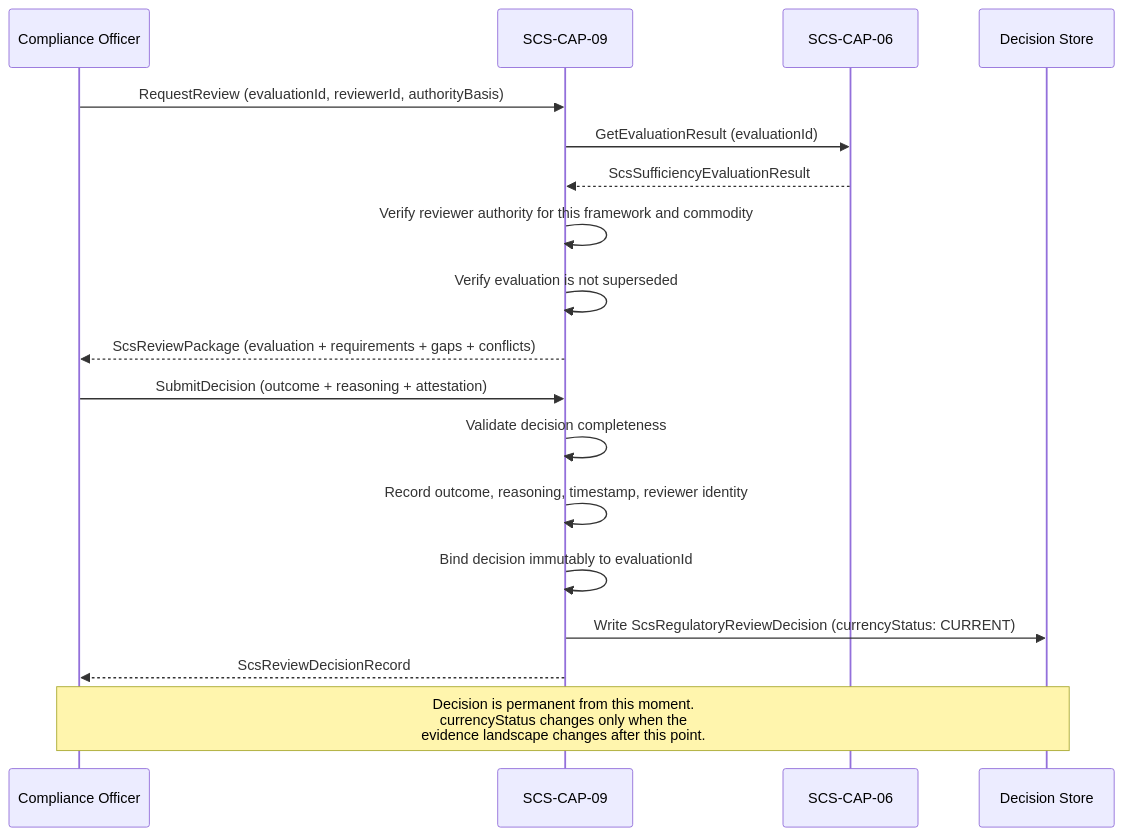
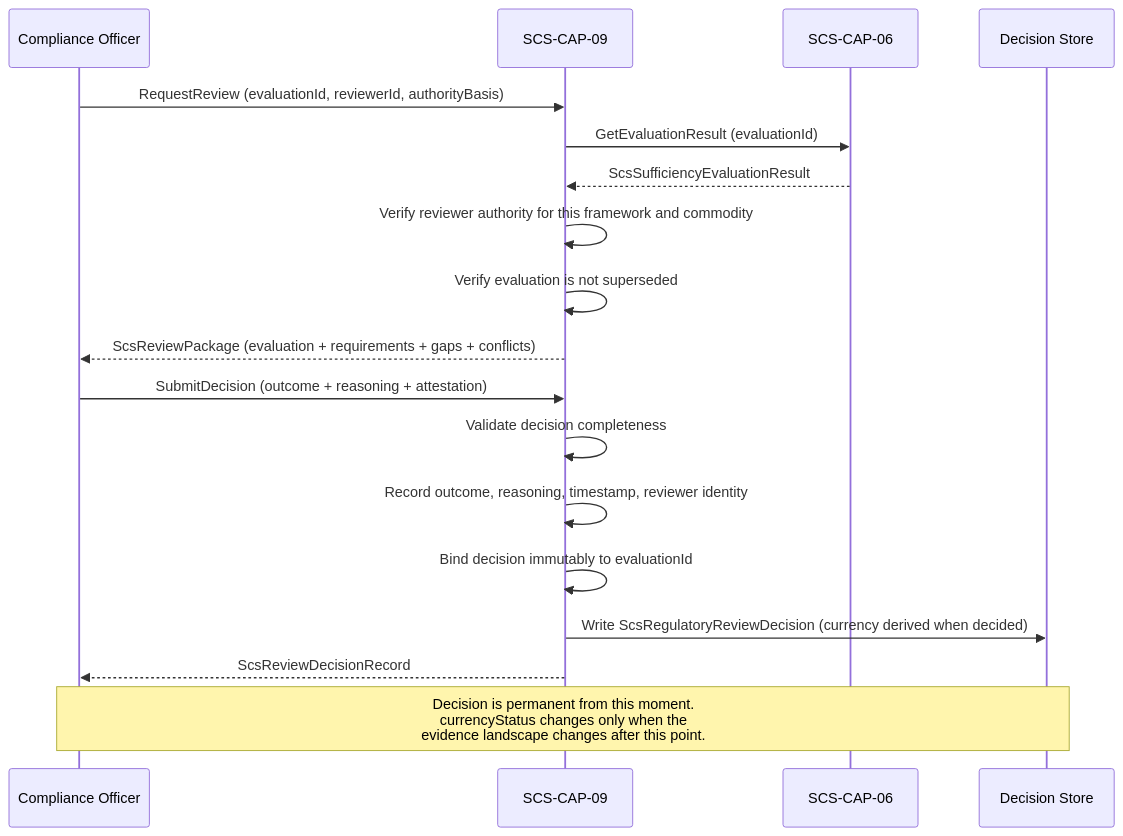
The second of 2 diagrams in governance/workstream-b/SCS-CAP-09-REGULATORY-REVIEW-AND-PROMOTION-CANONICAL-CONTRACT-2026-09-22.md (AdvancedAgricultureBiometrix/aab-source-of-truth), drawn with Mermaid before and after one commit. The commit also changed other lines of this file and 1 other file, not shown here.

First line of the commit message:
SCS-CAP-09 contract: reading and assessing decisions

````diff
--- a/governance/workstream-b/SCS-CAP-09-REGULATORY-REVIEW-AND-PROMOTION-CANONICAL-CONTRACT-2026-09-22.md
+++ b/governance/workstream-b/SCS-CAP-09-REGULATORY-REVIEW-AND-PROMOTION-CANONICAL-CONTRACT-2026-09-22.md
@@ -135,23 +135,23 @@
 ```mermaid
 sequenceDiagram
     participant CO as Compliance Officer
     participant CAP09 as SCS-CAP-09
     participant CAP06 as SCS-CAP-06
     participant Store as Decision Store
 
     CO->>CAP09: RequestReview (evaluationId, reviewerId, authorityBasis)
     CAP09->>CAP06: GetEvaluationResult (evaluationId)
     CAP06-->>CAP09: ScsSufficiencyEvaluationResult
     CAP09->>CAP09: Verify reviewer authority for this framework and commodity
     CAP09->>CAP09: Verify evaluation is not superseded
     CAP09-->>CO: ScsReviewPackage (evaluation + requirements + gaps + conflicts)
     
     CO->>CAP09: SubmitDecision (outcome + reasoning + attestation)
     CAP09->>CAP09: Validate decision completeness
     CAP09->>CAP09: Record outcome, reasoning, timestamp, reviewer identity
     CAP09->>CAP09: Bind decision immutably to evaluationId
-    CAP09->>Store: Write ScsRegulatoryReviewDecision (currencyStatus: CURRENT)
+    CAP09->>Store: Write ScsRegulatoryReviewDecision (currency derived when decided)
     CAP09-->>CO: ScsReviewDecisionRecord
 
     Note over CO,Store: Decision is permanent from this moment.<br/>currencyStatus changes only when the<br/>evidence landscape changes after this point.
 ```
````
